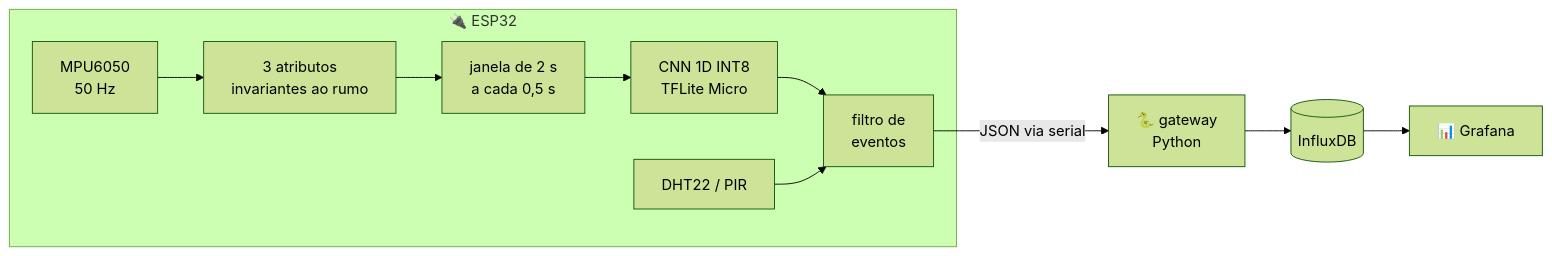
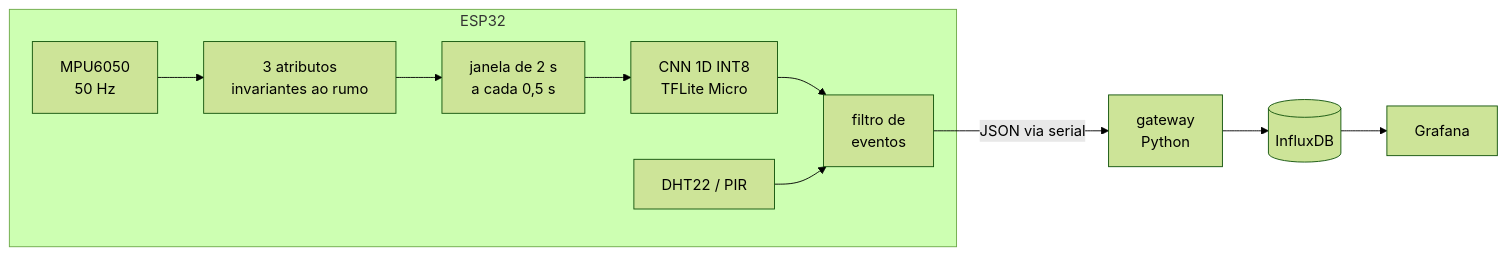
Before and after one commit to Jcassio-dev/telemetria-tinyml-esp32: the diagram in README.md, drawn with Mermaid (forest theme). The commit also changed other lines of this file, not shown here.

Commit message:
Remove emojis do README

````diff
--- a/README.md
+++ b/README.md
@@ -41,13 +41,13 @@
 ```mermaid
 flowchart LR
-    subgraph ESP32["🔌 ESP32"]
+    subgraph ESP32["ESP32"]
         IMU["MPU6050<br/>50 Hz"] --> FEAT["3 atributos<br/>invariantes ao rumo"]
         FEAT --> WIN["janela de 2 s<br/>a cada 0,5 s"]
         WIN --> CNN["CNN 1D INT8<br/>TFLite Micro"]
         CNN --> FILT["filtro de<br/>eventos"]
         ENV["DHT22 / PIR"] --> FILT
     end
-    FILT -- "JSON via serial" --> GW["🐍 gateway<br/>Python"]
+    FILT -- "JSON via serial" --> GW["gateway<br/>Python"]
     GW --> DB[("InfluxDB")]
-    DB --> GF["📊 Grafana"]
+    DB --> GF["Grafana"]
 ```
````
